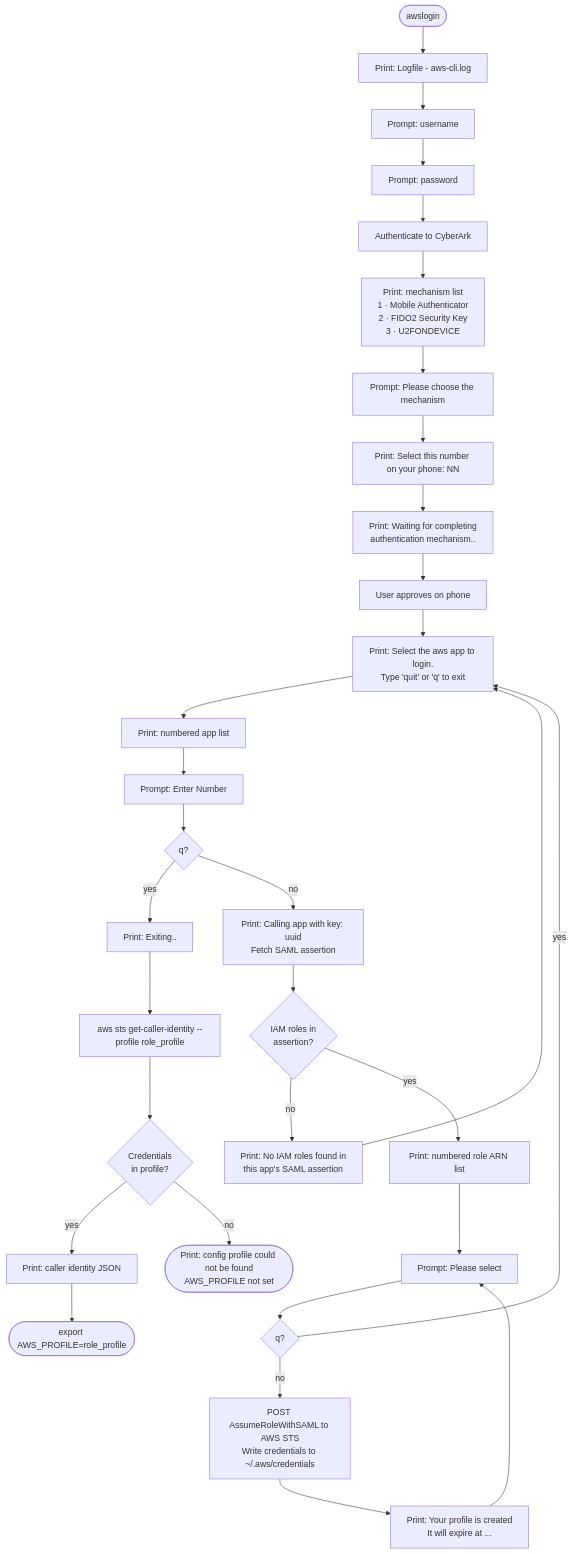
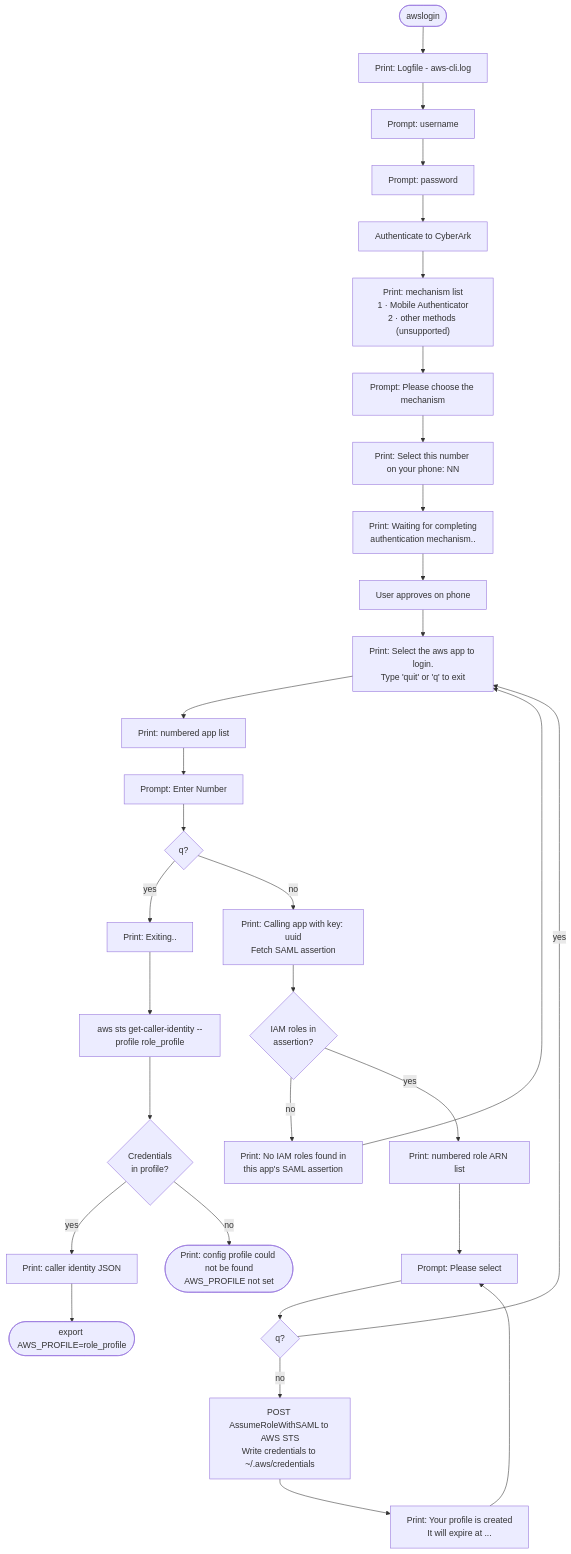
The diagram in README.md (thresh97/idira-aws), drawn with Mermaid before and after one commit. The commit also changed other lines of this file and 6 other files, not shown here.

````diff
--- a/README.md
+++ b/README.md
@@ -43,33 +45,33 @@
 ```mermaid
 flowchart TD
     START([awslogin]) --> LOG["Print: Logfile - aws-cli.log"]
     LOG --> UN["Prompt: username"]
     UN --> PW["Prompt: password"]
     PW --> AUTH[Authenticate to CyberArk]
-    AUTH --> MECHS["Print: mechanism list\n1 · Mobile Authenticator\n2 · FIDO2 Security Key\n3 · U2FONDEVICE"]
+    AUTH --> MECHS["Print: mechanism list\n1 · Mobile Authenticator\n2 · other methods (unsupported)"]
     MECHS --> MSEL["Prompt: Please choose the mechanism"]
     MSEL --> NUM["Print: Select this number on your phone: NN"]
     NUM --> WAIT["Print: Waiting for completing\nauthentication mechanism.."]
     WAIT --> TAP[User approves on phone]
     TAP --> APPHEAD["Print: Select the aws app to login.\nType 'quit' or 'q' to exit"]
     APPHEAD --> APPL[Print: numbered app list]
     APPL --> ANUM["Prompt: Enter Number"]
     ANUM --> AQ{q?}
     AQ -- yes --> EXIT["Print: Exiting.."]
     AQ -- no --> CALL["Print: Calling app with key: uuid\nFetch SAML assertion"]
     CALL --> HASROLES{IAM roles in\nassertion?}
     HASROLES -- no --> NOIAM["Print: No IAM roles found in\nthis app's SAML assertion"]
     NOIAM --> APPHEAD
     HASROLES -- yes --> ROLEM[Print: numbered role ARN list]
     ROLEM --> RSEL["Prompt: Please select"]
     RSEL --> RQ{q?}
     RQ -- yes --> APPHEAD
     RQ -- no --> STS["POST AssumeRoleWithSAML to AWS STS\nWrite credentials to ~/.aws/credentials"]
     STS --> PCREATED["Print: Your profile is created\nIt will expire at ..."]
     PCREATED --> RSEL
     EXIT --> GCI["aws sts get-caller-identity --profile role_profile"]
     GCI --> OK{Credentials\nin profile?}
     OK -- yes --> JSON[Print: caller identity JSON]
     JSON --> EXP([export AWS_PROFILE=role_profile])
     OK -- no --> NOPROF(["Print: config profile could not be found\nAWS_PROFILE not set"])
 ```
````
